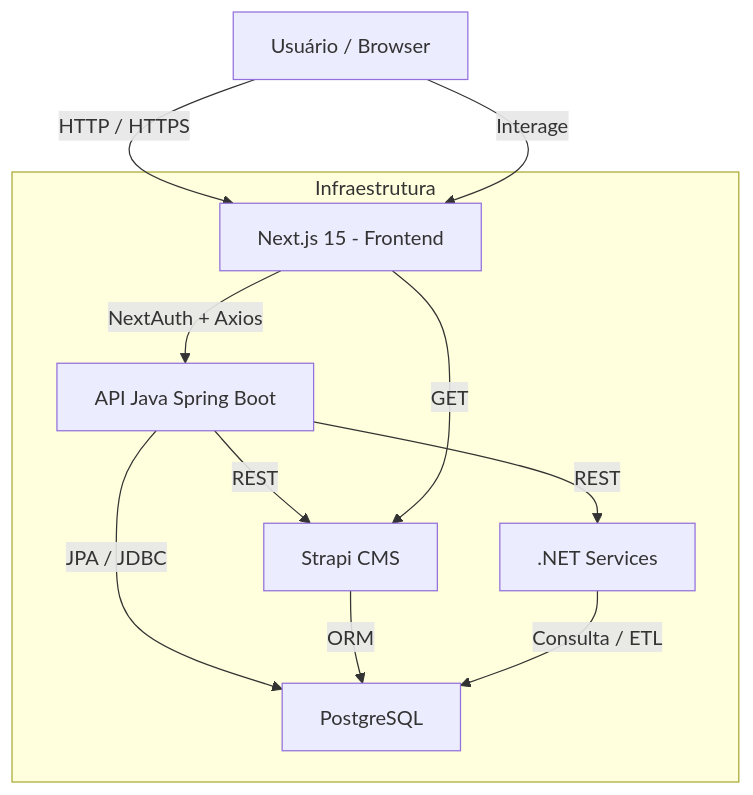
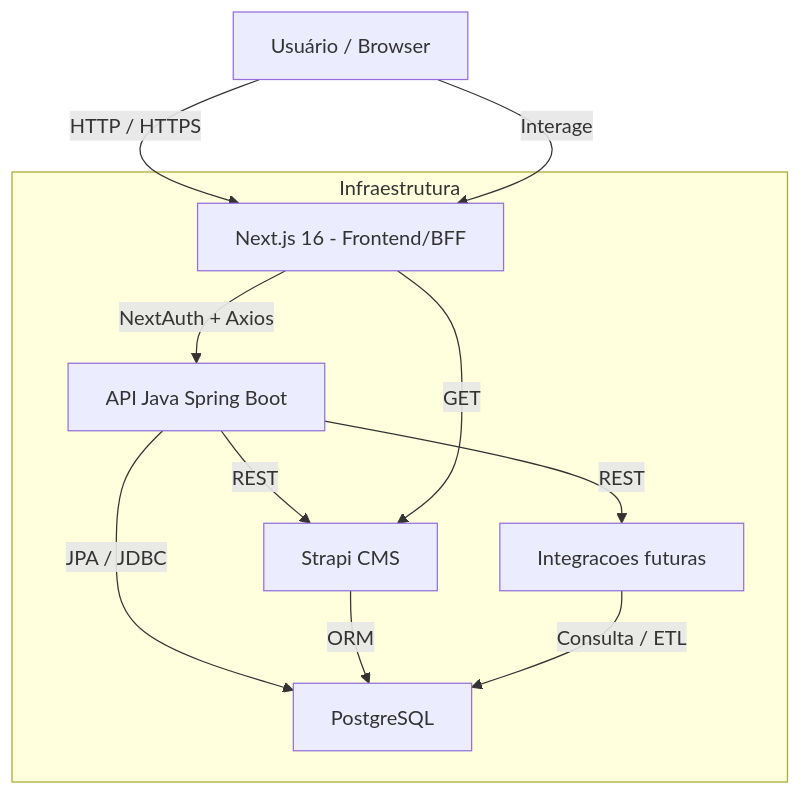
One commit to wemersonnino/FullStack changed the fifth of 5 diagrams in docs/Arquitetura/Arquitetura-de-Sistema.md. Above: the diagram before and after it, drawn with Mermaid. The commit also changed other lines of this file and 70 other files, not shown here.

````diff
--- a/docs/Arquitetura/Arquitetura-de-Sistema.md
+++ b/docs/Arquitetura/Arquitetura-de-Sistema.md
@@ -207,21 +206,21 @@
 ```mermaid
 graph TD
     A["Usuário / Browser"]
-    A -->|"HTTP / HTTPS"| B["Next.js 15 - Frontend"]
+    A -->|"HTTP / HTTPS"| B["Next.js 16 - Frontend/BFF"]
     B -->|"NextAuth + Axios"| C["API Java Spring Boot"]
     C -->|"JPA / JDBC"| D["PostgreSQL"]
     C -->|"REST"| E["Strapi CMS"]
-    C -->|"REST"| F[".NET Services"]
+    C -->|"REST"| F["Integracoes futuras"]
     E -->|"ORM"| D
     F -->|"Consulta / ETL"| D
     B -->|"GET"| E
     A -->|"Interage"| B
 
     subgraph "Infraestrutura"
       B
       C
       D
       E
       F
     end
 ```
````
